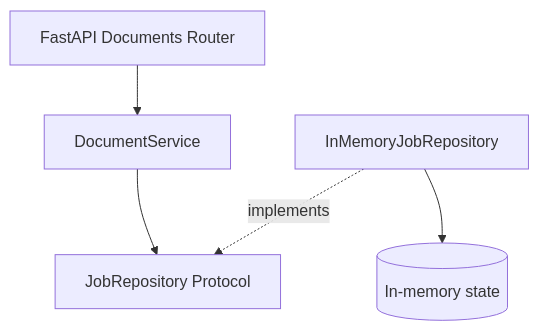
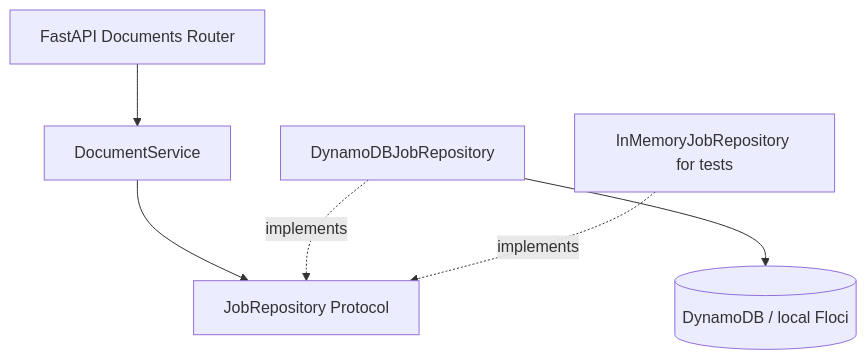
The diagram in README.md (RoCalderon1405/event_driven_document_processor), drawn with Mermaid before and after one commit. The commit also changed other lines of this file and 28 other files, not shown here.

First line of the commit message:
feat: Implement DynamoDB adapter and local provisioning

````diff
--- a/README.md
+++ b/README.md
@@ -81,7 +142,8 @@
 ```mermaid
 flowchart TD
     API[FastAPI Documents Router] --> SVC[DocumentService]
     SVC --> PORT[JobRepository Protocol]
-    MEM[InMemoryJobRepository] -. implements .-> PORT
-    MEM --> DATA[(In-memory state)]
+    DDB[DynamoDBJobRepository] -. implements .-> PORT
+    DDB --> DATA[(DynamoDB / local Floci)]
+    MEM[InMemoryJobRepository for tests] -. implements .-> PORT
 ```
````
